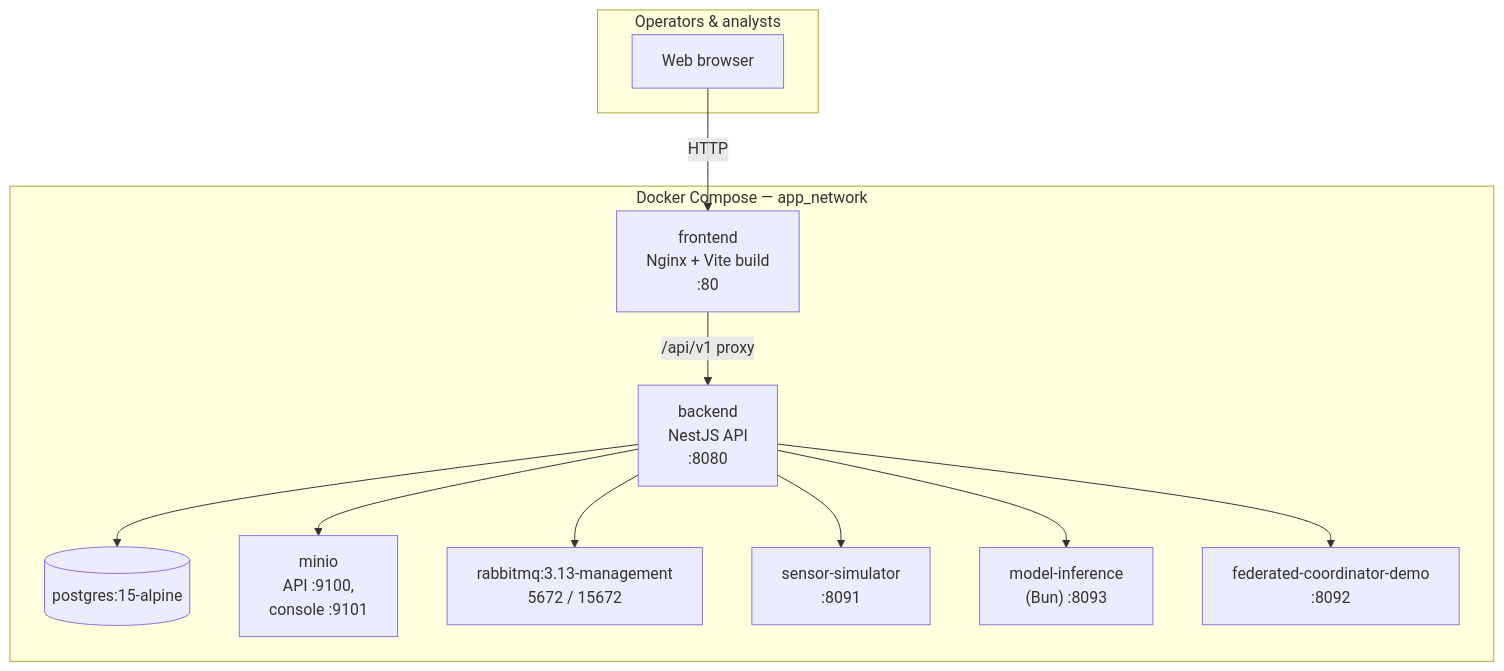
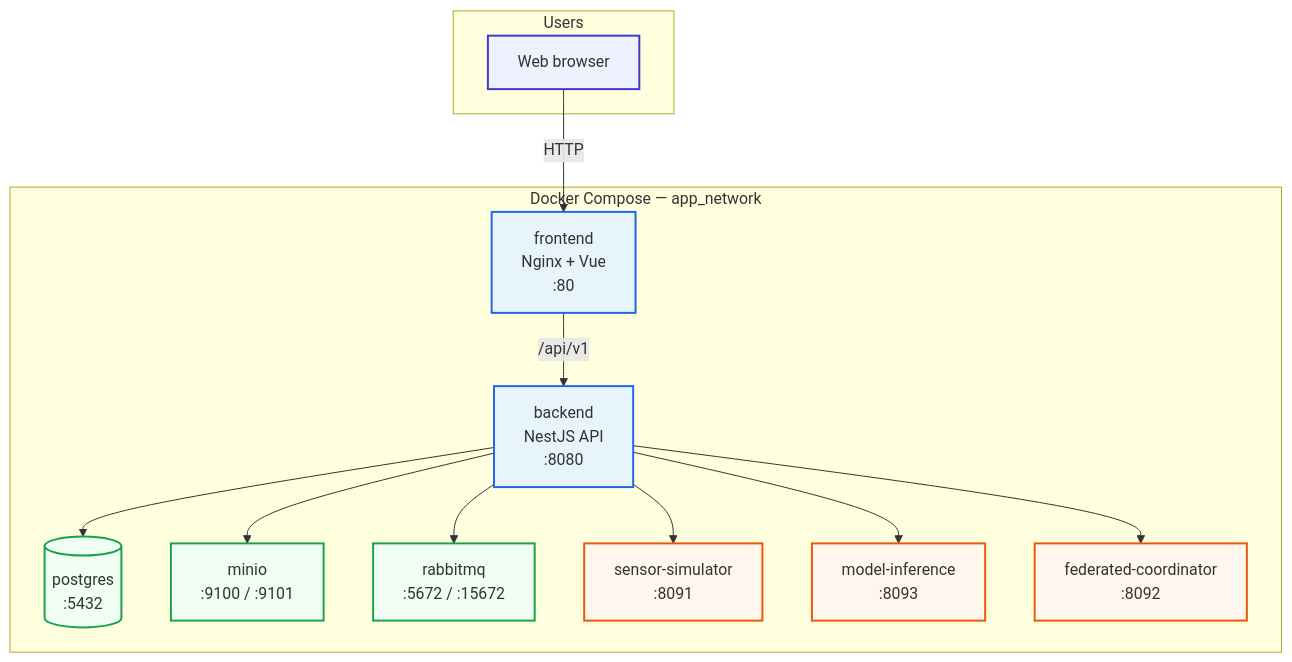
Before and after one commit to maulerrr/flowmatic: the diagram in thesis/figures/architecture/03-microservices-topology.mmd, drawn with Mermaid. The commit also changed 85 other files, not shown here.

First line of the commit message:
Laptop handoff: AITU thesis build, Q1 review, and fresh HANDOFF.

```diff
--- a/thesis/figures/architecture/03-microservices-topology.mmd
+++ b/thesis/figures/architecture/03-microservices-topology.mmd
@@ -1,20 +1,34 @@
-%% docker-compose topology — app_network. Render: mmdc -i 03-microservices-topology.mmd -o 03-microservices-topology.png
+%% Docker Compose topology. Render: scripts/render-thesis-figures.ps1
 flowchart TB
-  subgraph user["Operators & analysts"]
+  subgraph user["Users"]
     BROWSER["Web browser"]
   end
 
-  subgraph docker["Docker Compose — app_network"]
-    FE["frontend\nNginx + Vite build\n:80"]
-    BE["backend\nNestJS API\n:8080"]
-    PG[("postgres:15-alpine")]
-    MINIO["minio\nAPI :9100,\nconsole :9101"]
-    RMQ["rabbitmq:3.13-management\n5672 / 15672"]
-    SIM["sensor-simulator\n:8091"]
-    MI["model-inference\n(Bun) :8093"]
-    FCD["federated-coordinator-demo\n:8092"]
+  subgraph compose["Docker Compose — app_network"]
+    FE["frontend<br/>Nginx + Vue<br/>:80"]
+    BE["backend<br/>NestJS API<br/>:8080"]
+    PG[("postgres<br/>:5432")]
+    MINIO["minio<br/>:9100 / :9101"]
+    RMQ["rabbitmq<br/>:5672 / :15672"]
+    SIM["sensor-simulator<br/>:8091"]
+    MI["model-inference<br/>:8093"]
+    FCD["federated-coordinator<br/>:8092"]
   end
 
   BROWSER -->|"HTTP"| FE
-  FE -->|"/api/v1 proxy"| BE
-  BE --> PG & MINIO & RMQ & SIM & MI & FCD
+  FE -->|"/api/v1"| BE
+  BE --> PG
+  BE --> MINIO
+  BE --> RMQ
+  BE --> SIM
+  BE --> MI
+  BE --> FCD
+
+  classDef userStyle fill:#EEF2FF,stroke:#4338CA,stroke-width:2px
+  classDef appStyle fill:#E8F4FC,stroke:#2563EB,stroke-width:2px
+  classDef infraStyle fill:#F0FDF4,stroke:#16A34A,stroke-width:2px
+  classDef mlStyle fill:#FFF7ED,stroke:#EA580C,stroke-width:2px
+  class BROWSER userStyle
+  class FE,BE appStyle
+  class PG,MINIO,RMQ infraStyle
+  class SIM,MI,FCD mlStyle
```
